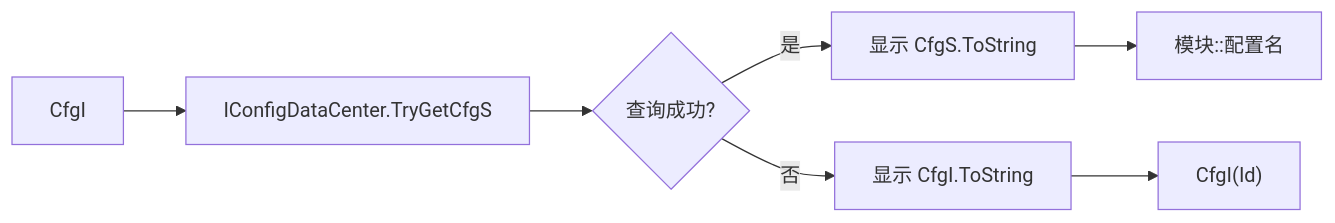
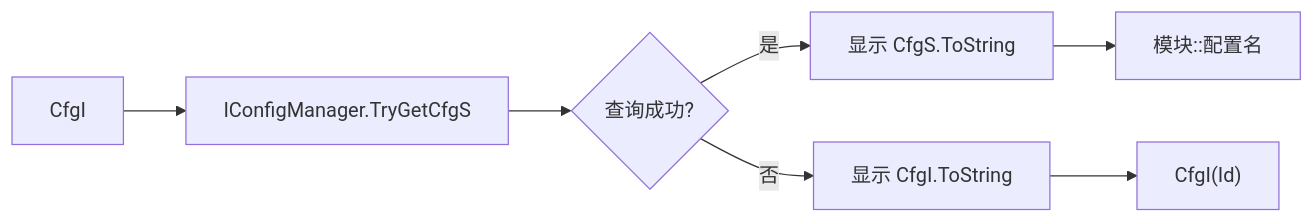
Before and after one commit to liyou54/XMGame: the first of 2 diagrams in TOSTRING_GENERATION_IMPLEMENTATION_SUMMARY.md, drawn with Mermaid. The commit also changed other lines of this file and 31180 other files, not shown here.

````diff
--- a/TOSTRING_GENERATION_IMPLEMENTATION_SUMMARY.md
+++ b/TOSTRING_GENERATION_IMPLEMENTATION_SUMMARY.md
@@ -148,9 +148,9 @@
 ```mermaid
 graph LR
-    A[CfgI] --> B[IConfigDataCenter.TryGetCfgS]
+    A[CfgI] --> B[IConfigManager.TryGetCfgS]
     B --> C{查询成功?}
     C -->|是| D[显示 CfgS.ToString]
     C -->|否| E[显示 CfgI.ToString]
     D --> F["模块::配置名"]
     E --> G["CfgI(Id)"]
 ```
````
